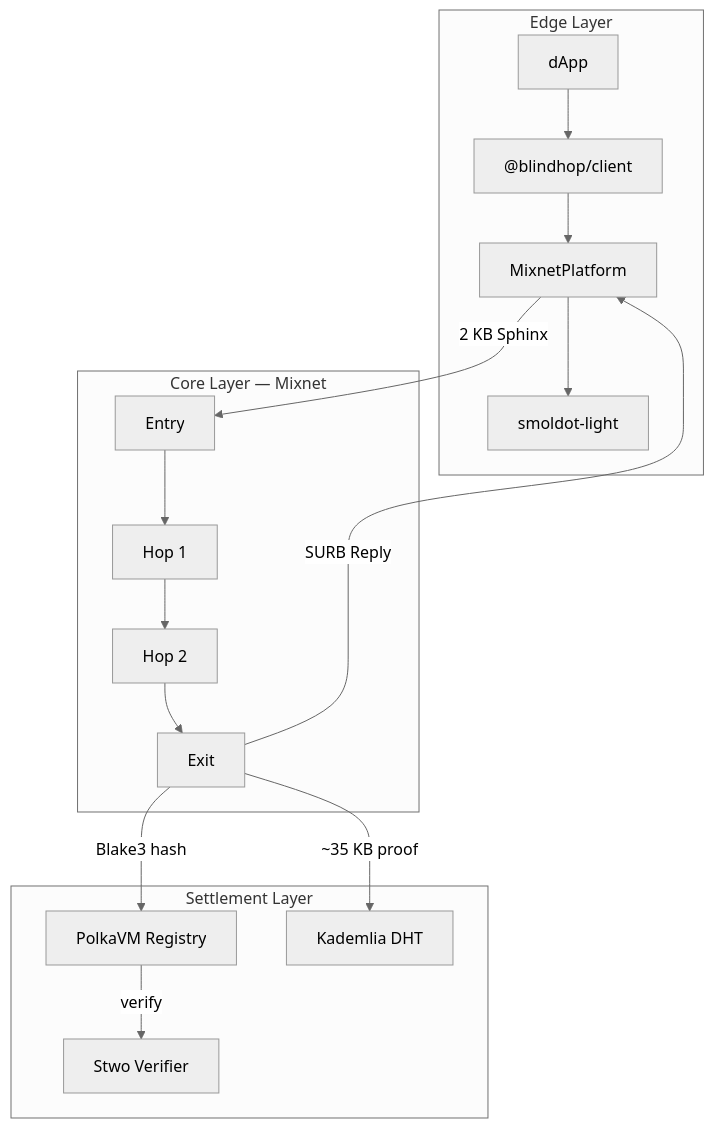
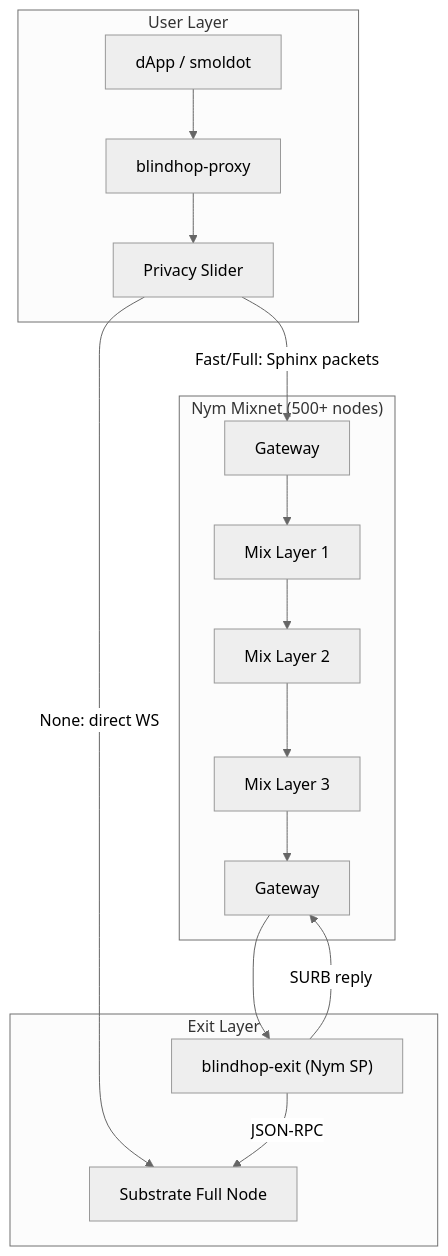
Before and after one commit to BlindHop/BlindHop: the diagram in docs/docs/intro.md, drawn with Mermaid (neutral theme). The commit also changed other lines of this file and 121 other files, not shown here.

First line of the commit message:
feat!: pivot MVP to Nym mixnet with browser-embedded Wasm client

````diff
--- a/docs/docs/intro.md
+++ b/docs/docs/intro.md
@@ -50,26 +42,25 @@
 ```mermaid
 graph TB
-    subgraph "Edge Layer"
-        A["dApp"] --> B["@blindhop/client"]
-        B --> C["MixnetPlatform"]
-        C --> D["smoldot-light"]
+    subgraph "User Layer"
+        A["dApp / smoldot"] --> B["blindhop-proxy"]
+        B --> C["Privacy Slider"]
     end
 
-    subgraph "Core Layer — Mixnet"
-        E["Entry"] --> F["Hop 1"]
-        F --> G["Hop 2"]
-        G --> H["Exit"]
+    subgraph "Nym Mixnet (500+ nodes)"
+        D["Gateway"] --> E["Mix Layer 1"]
+        E --> F["Mix Layer 2"]
+        F --> G["Mix Layer 3"]
+        G --> H["Gateway"]
     end
 
-    subgraph "Settlement Layer"
-        I["PolkaVM Registry"]
-        J["Stwo Verifier"]
-        K["Kademlia DHT"]
+    subgraph "Exit Layer"
+        I["blindhop-exit (Nym SP)"]
+        J["Substrate Full Node"]
     end
 
-    C -- "2 KB Sphinx" --> E
-    H -- "SURB Reply" --> C
-    H -- "Blake3 hash" --> I
-    I -- "verify" --> J
-    H -- "~35 KB proof" --> K
+    C -- "None: direct WS" --> J
+    C -- "Fast/Full: Sphinx packets" --> D
+    H --> I
+    I -- "JSON-RPC" --> J
+    I -- "SURB reply" --> H
 ```
````
